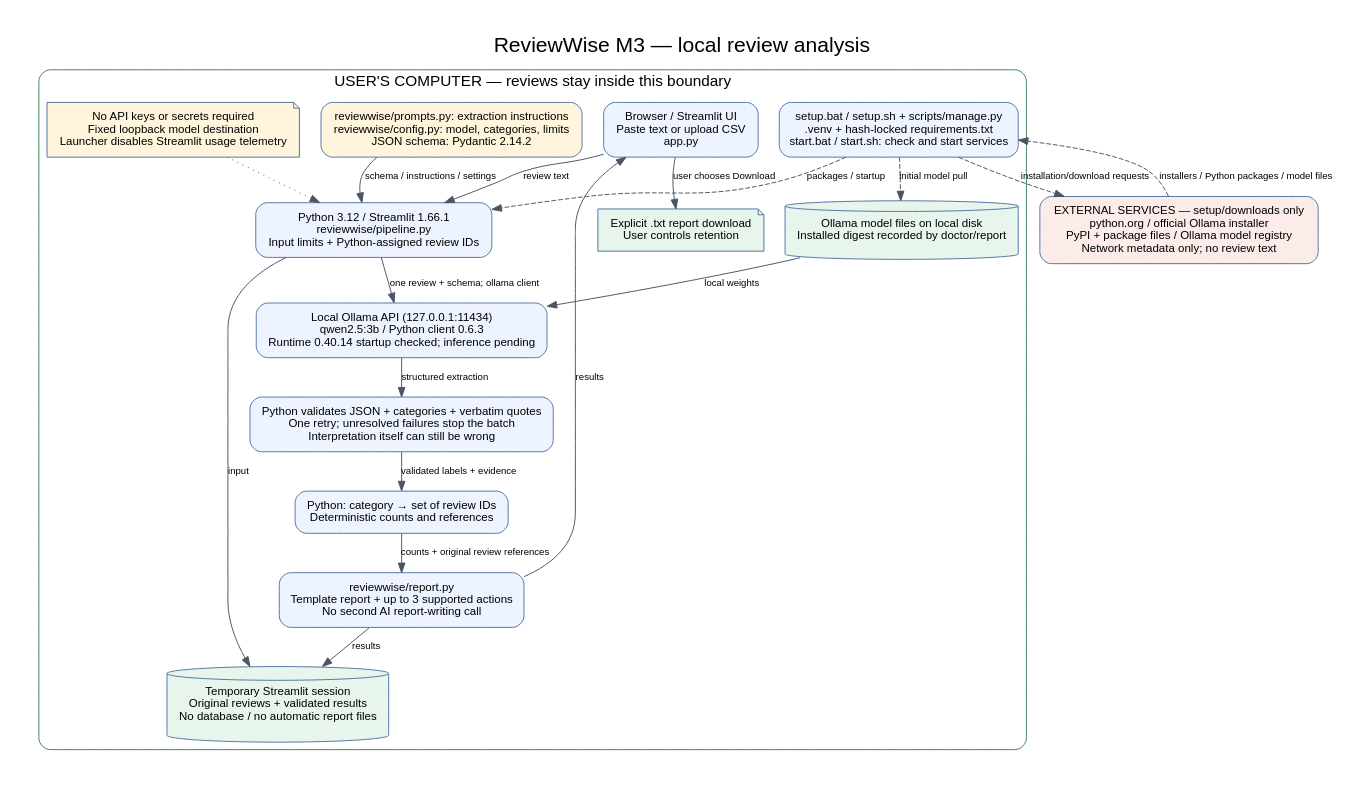
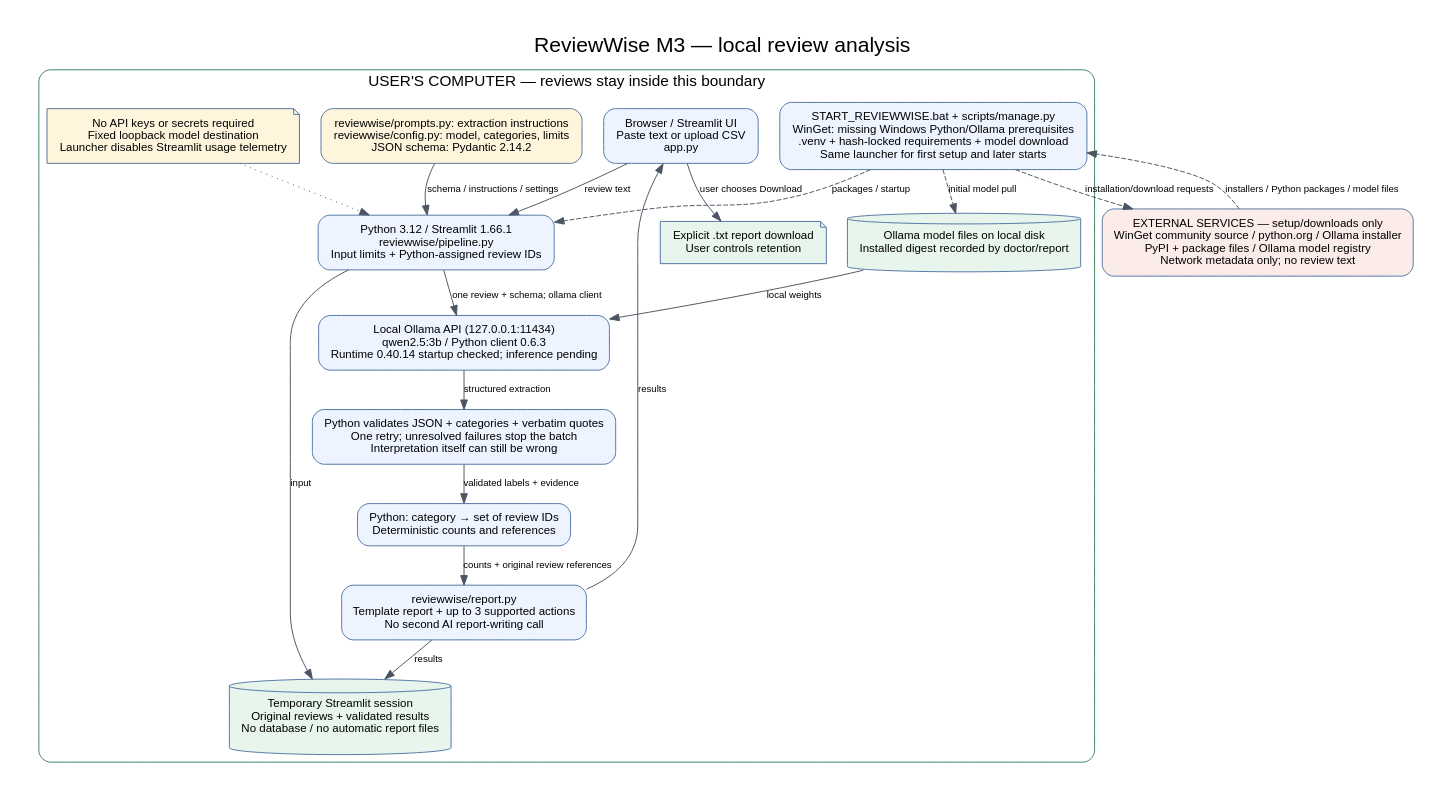
The diagram in docs/architecture.dot (abdai-eman/reviewwise-ai), drawn with Graphviz before and after one commit. The commit also changed 14 other files, not shown here.

Commit message:
Simplify Windows first run to a single launcher

```diff
--- a/docs/architecture.dot
+++ b/docs/architecture.dot
@@ -1,38 +1,38 @@
 digraph ReviewWise {
   graph [rankdir=TB, bgcolor="white", fontname="Arial", pad="0.35", nodesep="0.3", ranksep="0.4", label="ReviewWise M3 — local review analysis", labelloc=t, fontsize=22];
   node [shape=box, style="rounded,filled", fillcolor="#edf4ff", color="#5073a3", fontname="Arial", fontsize=12, margin="0.18,0.12"];
   edge [fontname="Arial", fontsize=10, color="#4b5563"];
   subgraph cluster_local {
     label="USER'S COMPUTER — reviews stay inside this boundary";
     color="#3b8060"; style="rounded"; fontname="Arial"; fontsize=16;
     browser [label="Browser / Streamlit UI\nPaste text or upload CSV\napp.py"];
     python [label="Python 3.12 / Streamlit 1.66.1\nreviewwise/pipeline.py\nInput limits + Python-assigned review IDs"];
     prompt [label="reviewwise/prompts.py: extraction instructions\nreviewwise/config.py: model, categories, limits\nJSON schema: Pydantic 2.14.2", fillcolor="#fff5dd"];
     ollama [label="Local Ollama API (127.0.0.1:11434)\nqwen2.5:3b / Python client 0.6.3\nRuntime 0.40.14 startup checked; inference pending"];
     validate [label="Python validates JSON + categories + verbatim quotes\nOne retry; unresolved failures stop the batch\nInterpretation itself can still be wrong"];
     count [label="Python: category → set of review IDs\nDeterministic counts and references"];
     report [label="reviewwise/report.py\nTemplate report + up to 3 supported actions\nNo second AI report-writing call"];
     session [shape=cylinder, label="Temporary Streamlit session\nOriginal reviews + validated results\nNo database / no automatic report files", fillcolor="#e7f5ec"];
     weights [shape=cylinder, label="Ollama model files on local disk\nInstalled digest recorded by doctor/report", fillcolor="#e7f5ec"];
     download [shape=note, label="Explicit .txt report download\nUser controls retention", fillcolor="#e7f5ec"];
-    setup [label="setup.bat / setup.sh + scripts/manage.py\n.venv + hash-locked requirements.txt\nstart.bat / start.sh: check and start services"];
+    setup [label="START_REVIEWWISE.bat + scripts/manage.py\nWinGet: missing Windows Python/Ollama prerequisites\n.venv + hash-locked requirements + model download\nSame launcher for first setup and later starts"];
     secrets [shape=note, label="No API keys or secrets required\nFixed loopback model destination\nLauncher disables Streamlit usage telemetry", fillcolor="#fff5dd"];
     browser -> python [label="review text"];
     prompt -> python [label="schema / instructions / settings"];
     python -> ollama [label="one review + schema; ollama client"];
     weights -> ollama [label="local weights"];
     ollama -> validate [label="structured extraction"];
     validate -> count [label="validated labels + evidence"];
     count -> report [label="counts + original review references"];
     report -> browser [label="results"];
     python -> session [label="input"];
     report -> session [label="results"];
     browser -> download [label="user chooses Download"];
     setup -> python [style=dashed, label="packages / startup"];
     setup -> weights [style=dashed, label="initial model pull"];
     secrets -> python [style=dotted];
   }
-  internet [shape=box, fillcolor="#fcece9", label="EXTERNAL SERVICES — setup/downloads only\npython.org / official Ollama installer\nPyPI + package files / Ollama model registry\nNetwork metadata only; no review text"];
+  internet [shape=box, fillcolor="#fcece9", label="EXTERNAL SERVICES — setup/downloads only\nWinGet community source / python.org / Ollama installer\nPyPI + package files / Ollama model registry\nNetwork metadata only; no review text"];
   setup -> internet [style=dashed, label="installation/download requests"];
   internet -> setup [style=dashed, label="installers / Python packages / model files"];
 }
```
